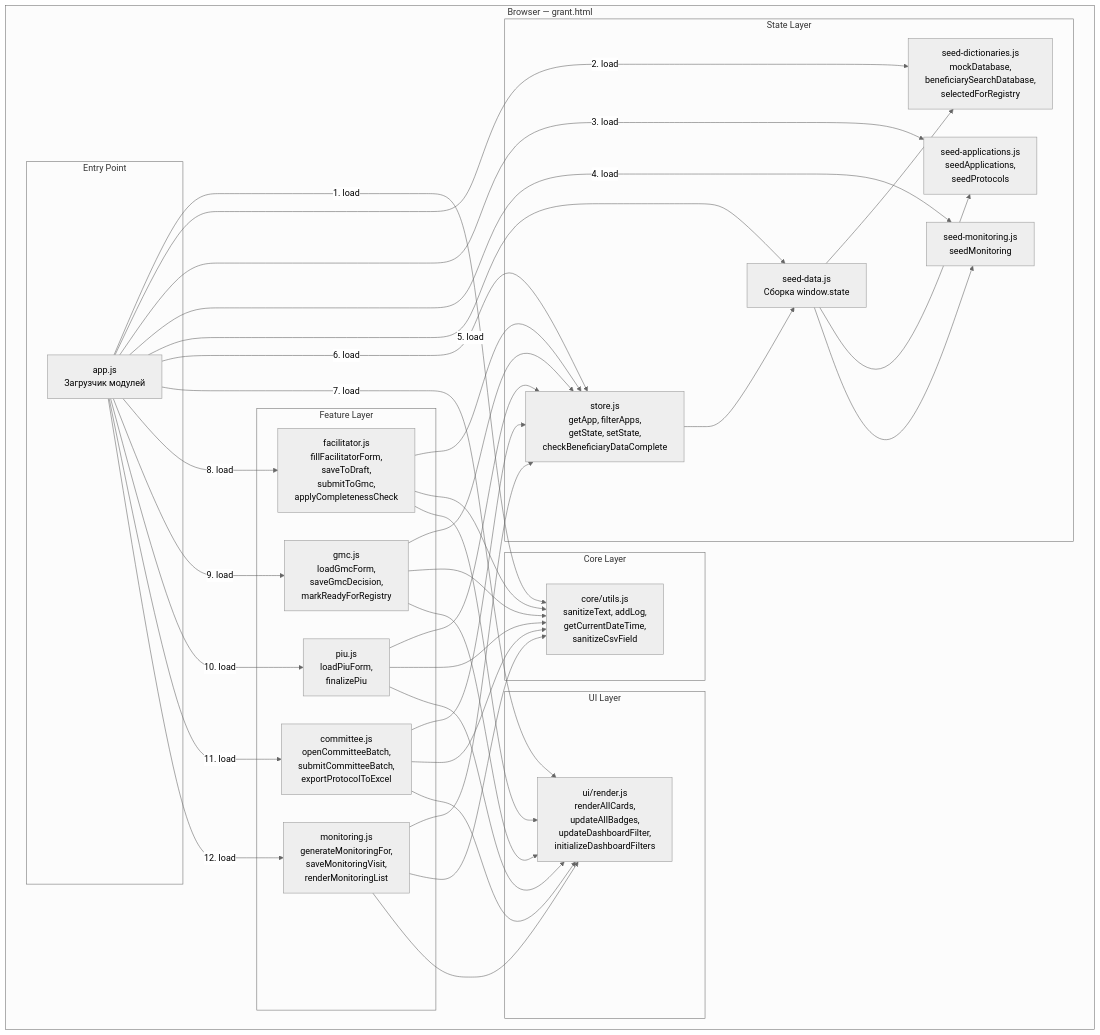
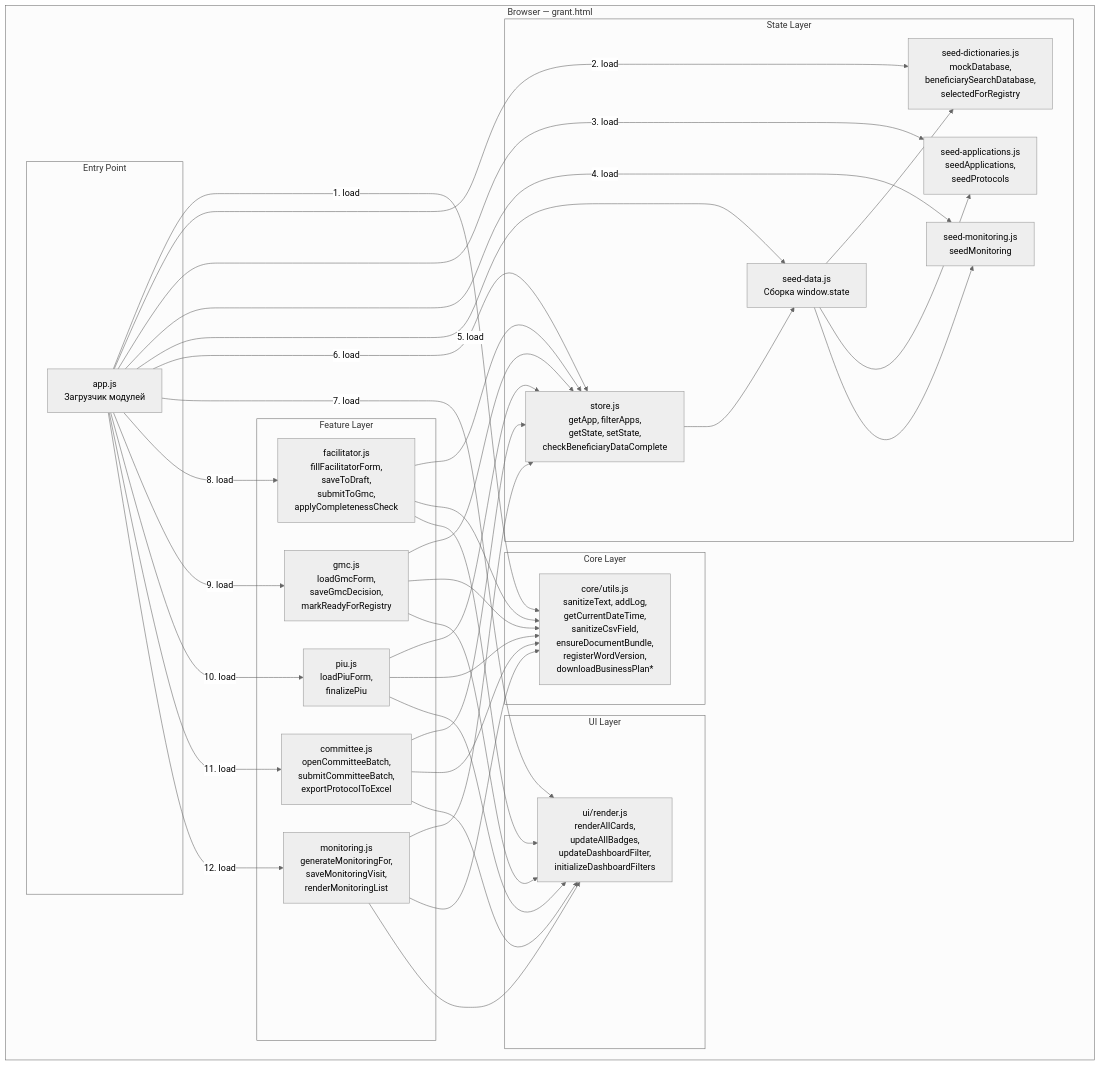
Before and after one commit to firka-kh/eip-test: the first of 7 diagrams in docs/ARCHITECTURE.md, drawn with Mermaid (neutral theme). The commit also changed other lines of this file and 7 other files, not shown here.

````diff
--- a/docs/ARCHITECTURE.md
+++ b/docs/ARCHITECTURE.md
@@ -17,66 +17,66 @@
 ```mermaid
 graph TB
     subgraph "Browser — grant.html"
         subgraph "Entry Point"
             APP[app.js<br/>Загрузчик модулей]
         end
 
         subgraph "Core Layer"
-            UTILS[core/utils.js<br/>sanitizeText, addLog,<br/>getCurrentDateTime,<br/>sanitizeCsvField]
+            UTILS[core/utils.js<br/>sanitizeText, addLog,<br/>getCurrentDateTime,<br/>sanitizeCsvField,<br/>ensureDocumentBundle,<br/>registerWordVersion,<br/>downloadBusinessPlan*]
         end
 
         subgraph "State Layer"
             DICT[seed-dictionaries.js<br/>mockDatabase,<br/>beneficiarySearchDatabase,<br/>selectedForRegistry]
             SEED_APP[seed-applications.js<br/>seedApplications,<br/>seedProtocols]
             SEED_MON[seed-monitoring.js<br/>seedMonitoring]
             SEED_DATA[seed-data.js<br/>Сборка window.state]
             STORE[store.js<br/>getApp, filterApps,<br/>getState, setState,<br/>checkBeneficiaryDataComplete]
         end
 
         subgraph "UI Layer"
             RENDER[ui/render.js<br/>renderAllCards,<br/>updateAllBadges,<br/>updateDashboardFilter,<br/>initializeDashboardFilters]
         end
 
         subgraph "Feature Layer"
             FAC[facilitator.js<br/>fillFacilitatorForm,<br/>saveToDraft,<br/>submitToGmc,<br/>applyCompletenessCheck]
             GMC[gmc.js<br/>loadGmcForm,<br/>saveGmcDecision,<br/>markReadyForRegistry]
             PIU[piu.js<br/>loadPiuForm,<br/>finalizePiu]
             COM[committee.js<br/>openCommitteeBatch,<br/>submitCommitteeBatch,<br/>exportProtocolToExcel]
             MON[monitoring.js<br/>generateMonitoringFor,<br/>saveMonitoringVisit,<br/>renderMonitoringList]
         end
     end
 
     APP -->|1. load| UTILS
     APP -->|2. load| DICT
     APP -->|3. load| SEED_APP
     APP -->|4. load| SEED_MON
     APP -->|5. load| SEED_DATA
     APP -->|6. load| STORE
     APP -->|7. load| RENDER
     APP -->|8. load| FAC
     APP -->|9. load| GMC
     APP -->|10. load| PIU
     APP -->|11. load| COM
     APP -->|12. load| MON
 
     SEED_DATA --> DICT
     SEED_DATA --> SEED_APP
     SEED_DATA --> SEED_MON
     STORE --> SEED_DATA
 
     FAC --> STORE
     FAC --> UTILS
     FAC --> RENDER
     GMC --> STORE
     GMC --> UTILS
     GMC --> RENDER
     PIU --> STORE
     PIU --> UTILS
     PIU --> RENDER
     COM --> STORE
     COM --> UTILS
     COM --> RENDER
     MON --> STORE
     MON --> UTILS
     MON --> RENDER
 ```
````
